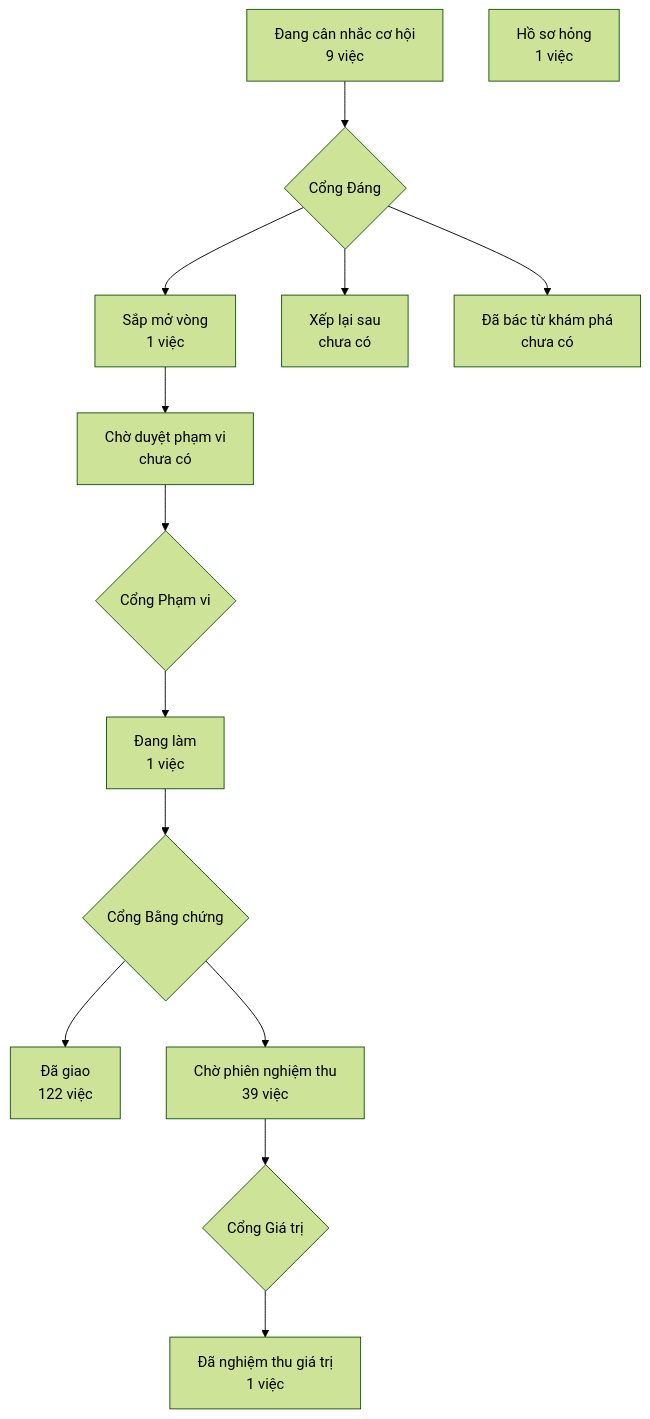
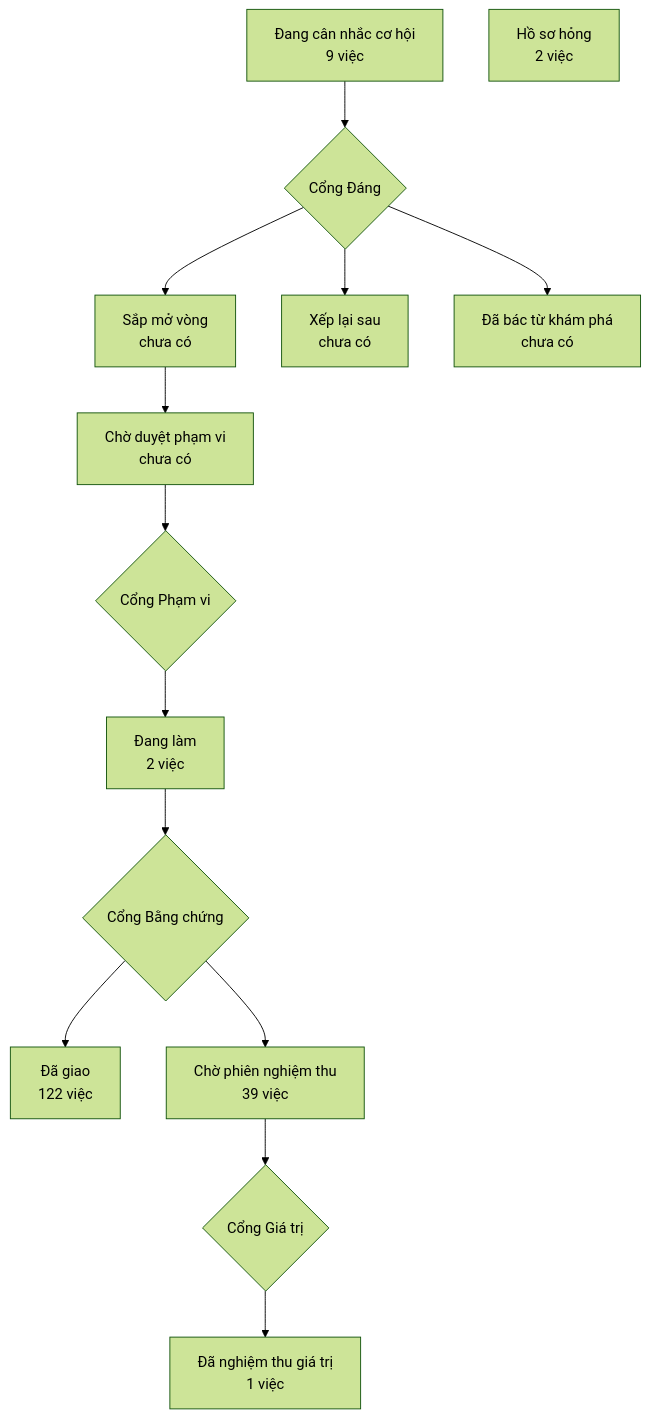
Before and after one commit to phanlemanh/crm-onehub: the diagram in PRODUCT-MAP.md, drawn with Mermaid (forest theme). The commit also changed other lines of this file and 5 other files, not shown here.

````diff
--- a/PRODUCT-MAP.md
+++ b/PRODUCT-MAP.md
@@ -7,13 +7,13 @@
 ```mermaid
 flowchart TD
   A["Đang cân nhắc cơ hội<br/>9 việc"] --> GD{"Cổng Đáng"}
-  GD --> B["Sắp mở vòng<br/>1 việc"]
+  GD --> B["Sắp mở vòng<br/>chưa có"]
   GD --> XL["Xếp lại sau<br/>chưa có"]
   GD --> DB["Đã bác từ khám phá<br/>chưa có"]
   B --> CD["Chờ duyệt phạm vi<br/>chưa có"] --> GP{"Cổng Phạm vi"}
-  GP --> DL["Đang làm<br/>1 việc"] --> GB{"Cổng Bằng chứng"}
+  GP --> DL["Đang làm<br/>2 việc"] --> GB{"Cổng Bằng chứng"}
   GB --> DG["Đã giao<br/>122 việc"]
   GB --> CN["Chờ phiên nghiệm thu<br/>39 việc"] --> GG{"Cổng Giá trị"}
   GG --> NT["Đã nghiệm thu giá trị<br/>1 việc"]
-  HS["Hồ sơ hỏng<br/>1 việc"]
+  HS["Hồ sơ hỏng<br/>2 việc"]
 ```
````
